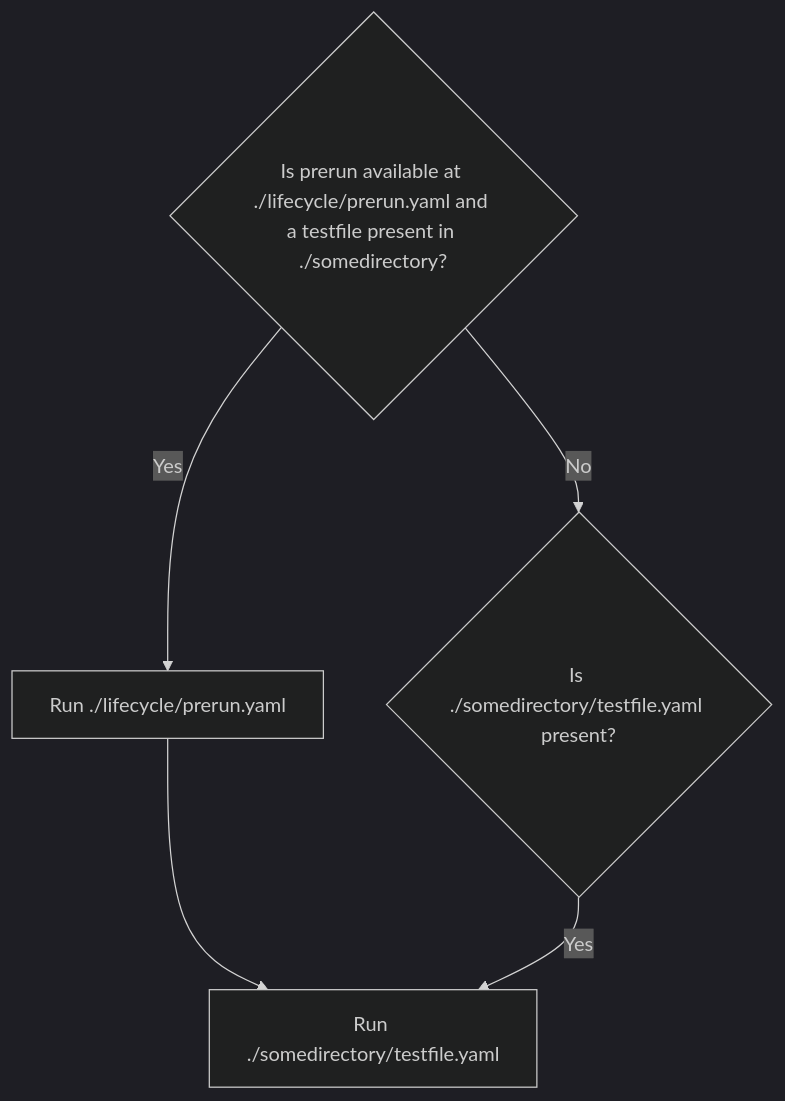
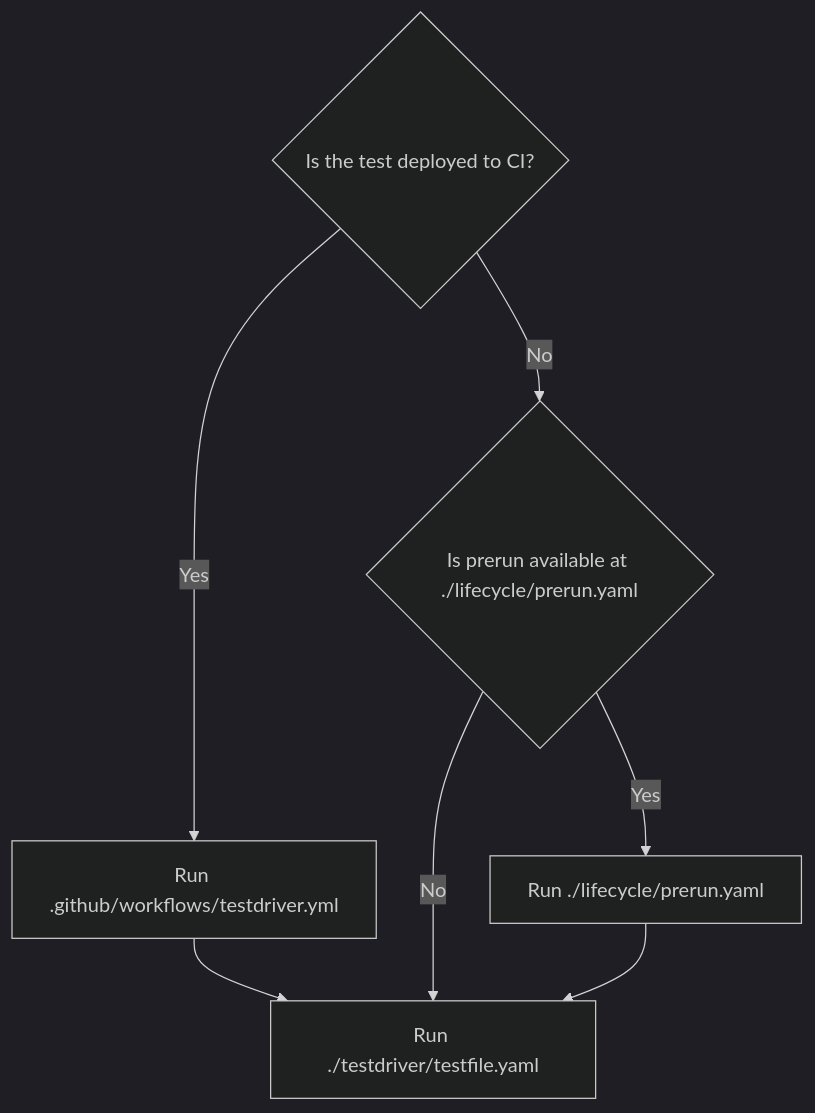
The diagram in docs/guide/lifecycle-prerun.mdx (testdriverai/testdriverai), drawn with Mermaid (dark theme) before and after one commit. The commit also changed other lines of this file and 5 other files, not shown here.

````diff
--- a/docs/guide/lifecycle-prerun.mdx
+++ b/docs/guide/lifecycle-prerun.mdx
@@ -55,8 +61,10 @@
 ```mermaid
 graph TD
-    A{Is prerun available at ./lifecycle/prerun.yaml and a testfile present in ./somedirectory?}
-    A -->|Yes| B[Run ./lifecycle/prerun.yaml]
-    B --> C[Run ./somedirectory/testfile.yaml]
-    A -->|No| D{Is ./somedirectory/testfile.yaml present?}
-    D -->|Yes| C
+    A{Is the test deployed to CI?}
+    A -->|Yes| B[Run .github/workflows/testdriver.yml]
+    B --> F
+    A -->|No| C{Is prerun available at ./lifecycle/prerun.yaml}
+    C -->|Yes| D[Run ./lifecycle/prerun.yaml]
+    C -->|No| F
+    D --> F[Run ./testdriver/testfile.yaml]
 ```
````
